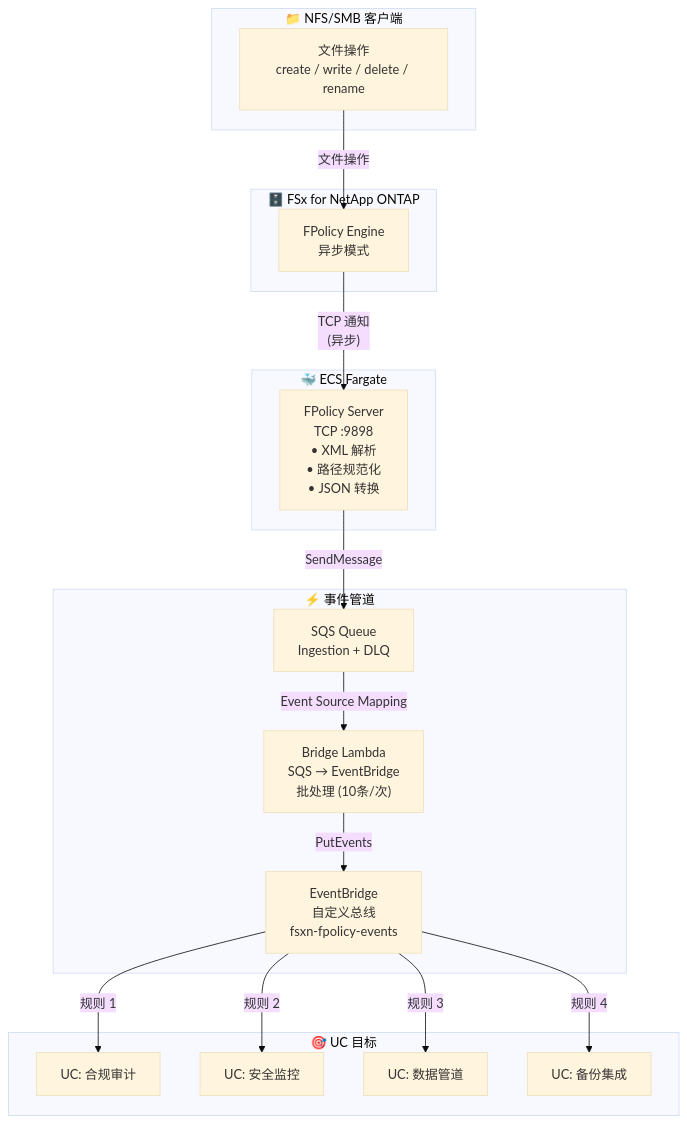
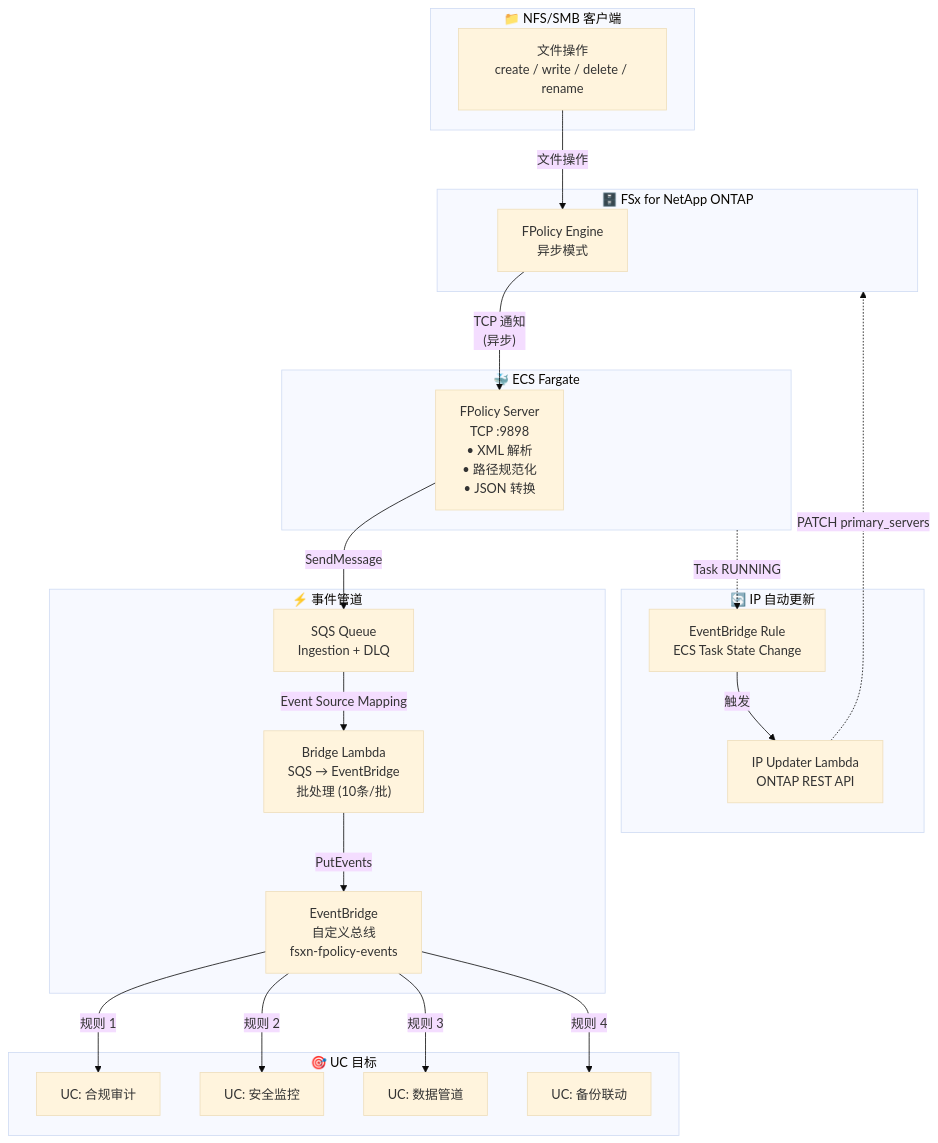
Before and after one commit to Yoshiki0705/FSx-for-ONTAP-S3AccessPoints-Serverless-Patterns: the diagram in event-driven-fpolicy/docs/architecture.zh-CN.md, drawn with Mermaid (base theme). The commit also changed other lines of this file and 13 other files, not shown here.

First line of the commit message:
fix: docs/architecture + demo-guide 全8言語を同一内容に統一

````diff
--- a/event-driven-fpolicy/docs/architecture.zh-CN.md
+++ b/event-driven-fpolicy/docs/architecture.zh-CN.md
@@ -7,37 +7,46 @@
 ```mermaid
 flowchart TB
     subgraph CLIENT["📁 NFS/SMB 客户端"]
         NFS["文件操作<br/>create / write / delete / rename"]
     end
 
     subgraph ONTAP["🗄️ FSx for NetApp ONTAP"]
         FPOLICY["FPolicy Engine<br/>异步模式"]
     end
 
     subgraph FARGATE["🐳 ECS Fargate"]
         SERVER["FPolicy Server<br/>TCP :9898<br/>• XML 解析<br/>• 路径规范化<br/>• JSON 转换"]
     end
 
     subgraph PIPELINE["⚡ 事件管道"]
         SQS["SQS Queue<br/>Ingestion + DLQ"]
-        BRIDGE["Bridge Lambda<br/>SQS → EventBridge<br/>批处理 (10条/次)"]
+        BRIDGE["Bridge Lambda<br/>SQS → EventBridge<br/>批处理 (10条/批)"]
         EB["EventBridge<br/>自定义总线<br/>fsxn-fpolicy-events"]
     end
 
     subgraph TARGETS["🎯 UC 目标"]
         UC1["UC: 合规审计"]
         UC2["UC: 安全监控"]
         UC3["UC: 数据管道"]
-        UC4["UC: 备份集成"]
+        UC4["UC: 备份联动"]
+    end
+
+    subgraph UPDATER["🔄 IP 自动更新"]
+        RULE["EventBridge Rule<br/>ECS Task State Change"]
+        LAMBDA["IP Updater Lambda<br/>ONTAP REST API"]
     end
 
     NFS -->|"文件操作"| FPOLICY
     FPOLICY -->|"TCP 通知<br/>(异步)"| SERVER
     SERVER -->|"SendMessage"| SQS
     SQS -->|"Event Source Mapping"| BRIDGE
     BRIDGE -->|"PutEvents"| EB
     EB -->|"规则 1"| UC1
     EB -->|"规则 2"| UC2
     EB -->|"规则 3"| UC3
     EB -->|"规则 4"| UC4
+
+    FARGATE -.->|"Task RUNNING"| RULE
+    RULE -->|"触发"| LAMBDA
+    LAMBDA -.->|"PATCH primary_servers"| ONTAP
 ```
````
